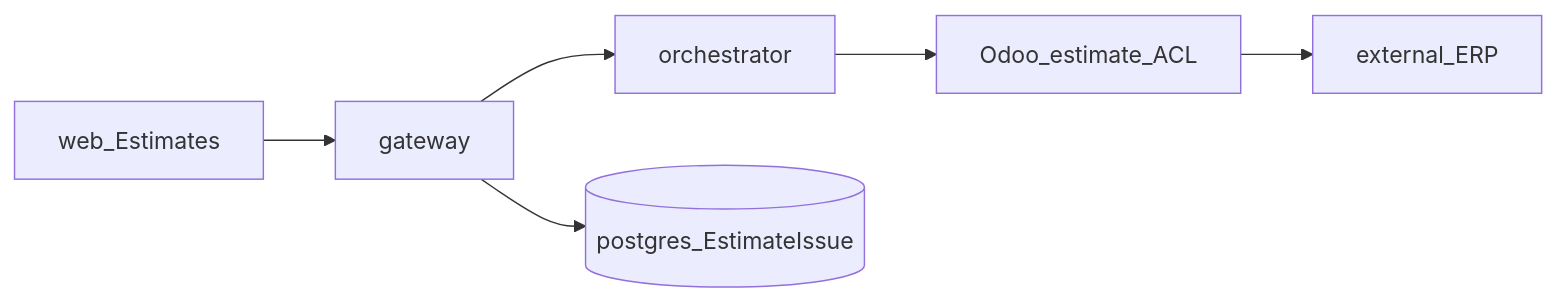
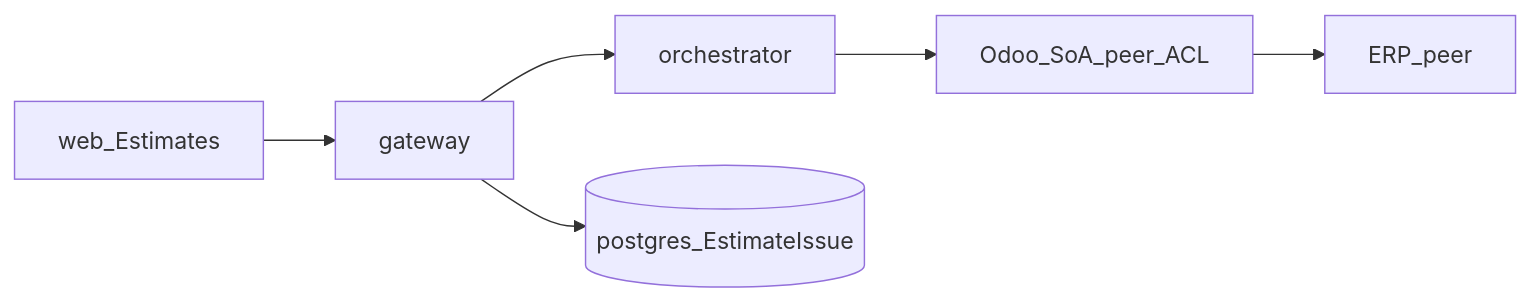
The diagram in docs/System_Design/Subsystem/SAC-008/TSD.md (llanesleonardo/controlPanelErpOdoo), drawn with Mermaid before and after one commit. The commit also changed other lines of this file and 431 other files, not shown here.

````diff
--- a/docs/System_Design/Subsystem/SAC-008/TSD.md
+++ b/docs/System_Design/Subsystem/SAC-008/TSD.md
@@ -15,14 +15,14 @@
 ```mermaid
 flowchart LR
   UI[web_Estimates]
   Gw[gateway]
   Orch[orchestrator]
   PG[(postgres_EstimateIssue)]
-  Adapter[Odoo_estimate_ACL]
-  ERP[external_ERP]
+  Adapter[Odoo_SoA_peer_ACL]
+  ERP[ERP_peer]
   UI --> Gw
   Gw --> PG
   Gw --> Orch
   Orch --> Adapter
   Adapter --> ERP
 ```
````
